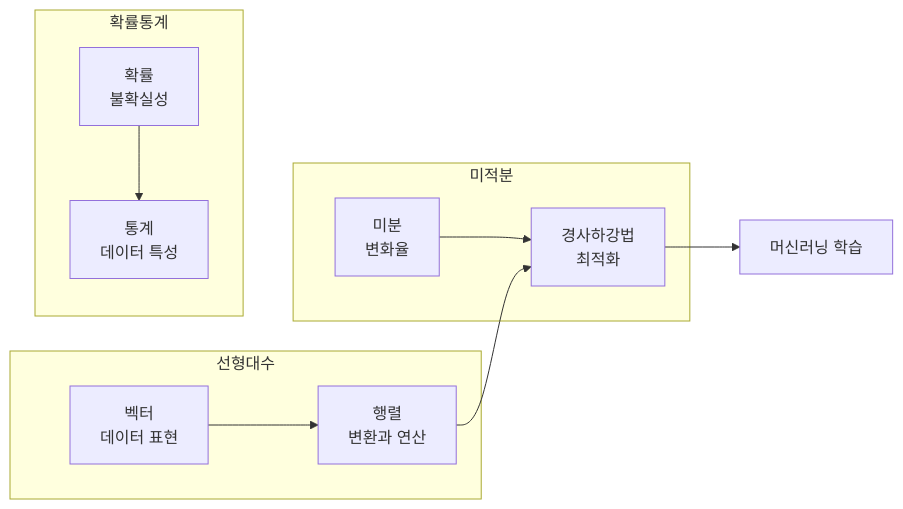
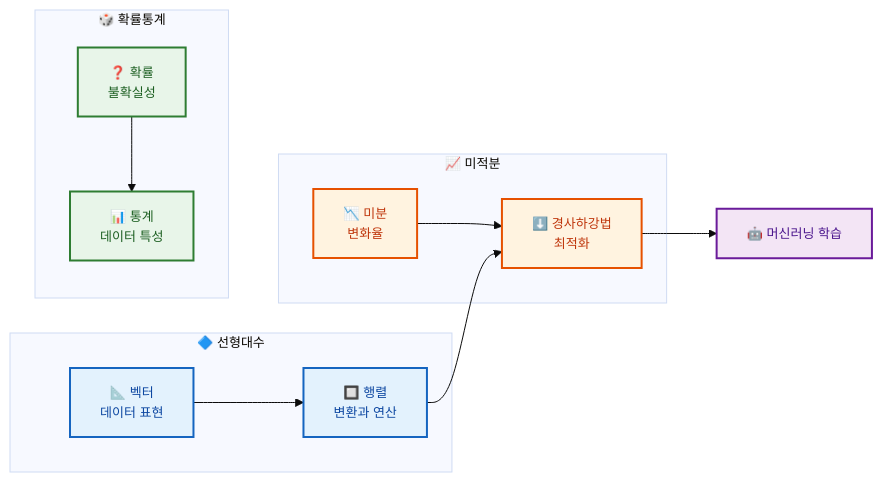
The fifth of 19 diagrams in ai-programming/README.md (jingu279/Document), drawn with Mermaid before and after one commit. The commit also changed other lines of this file, not shown here.

First line of the commit message:
README Mermaid 다이어그램 스타일링 개선

````diff
--- a/ai-programming/README.md
+++ b/ai-programming/README.md
@@ -140,21 +188,31 @@
 ```mermaid
+%%{init: {'theme': 'base', 'themeVariables': {'fontSize': '13px'}}}%%
 flowchart LR
-  subgraph LA[선형대수]
-    V["벡터<br/>데이터 표현"]
-    M["행렬<br/>변환과 연산"]
+  subgraph LA[🔷 선형대수]
+    V["📐 벡터<br/>데이터 표현"]
+    M["🔲 행렬<br/>변환과 연산"]
   end
-  subgraph CAL[미적분]
-    D["미분<br/>변화율"]
-    GD["경사하강법<br/>최적화"]
+  subgraph CAL[📈 미적분]
+    D["📉 미분<br/>변화율"]
+    GD["⬇️ 경사하강법<br/>최적화"]
   end
-  subgraph STAT[확률통계]
-    P["확률<br/>불확실성"]
-    S["통계<br/>데이터 특성"]
+  subgraph STAT[🎲 확률통계]
+    P["❓ 확률<br/>불확실성"]
+    S["📊 통계<br/>데이터 특성"]
   end
 
   V --> M
   D --> GD
   M --> GD
   P --> S
-  GD --> ML["머신러닝 학습"]
+  GD --> ML["🤖 머신러닝 학습"]
+
+  classDef la fill:#e3f2fd,stroke:#1565c0,stroke-width:2px,color:#0d47a1
+  classDef cal fill:#fff3e0,stroke:#e65100,stroke-width:2px,color:#bf360c
+  classDef stat fill:#e8f5e9,stroke:#2e7d32,stroke-width:2px,color:#1b5e20
+  classDef ml fill:#f3e5f5,stroke:#6a1b9a,stroke-width:2px,color:#4a148c
+  class V,M la
+  class D,GD cal
+  class P,S stat
+  class ML ml
 ```
````
